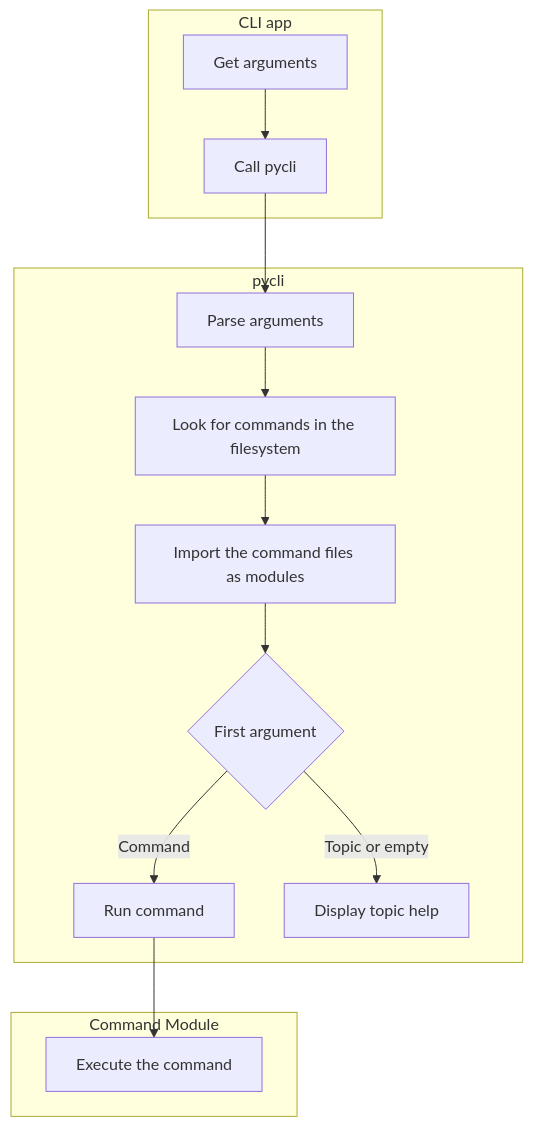
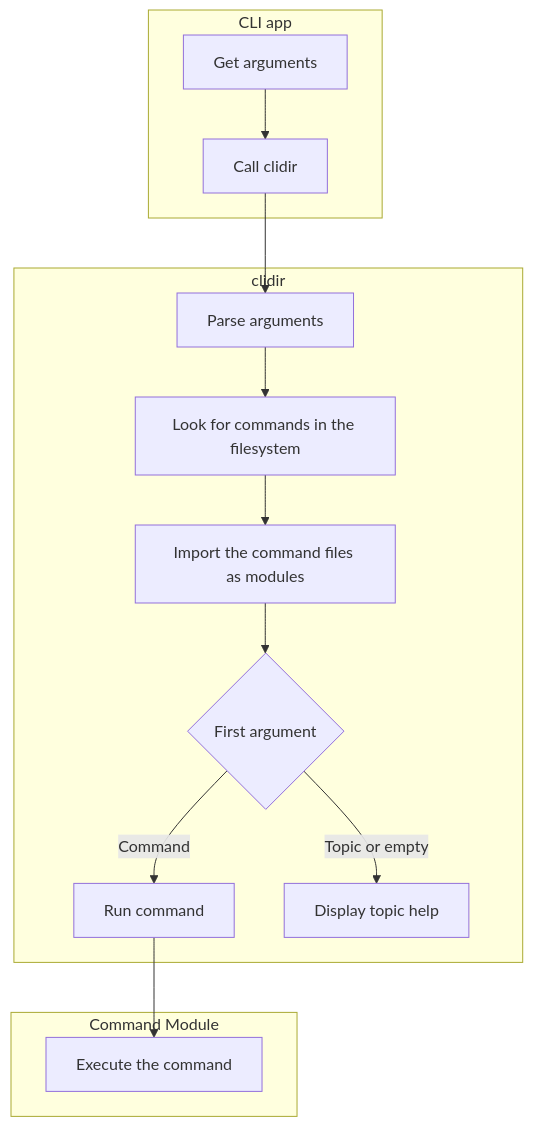
One commit to isacben/clidir changed the diagram in README.md. Above: the diagram before and after it, drawn with Mermaid. The commit also changed other lines of this file and 2 other files, not shown here.

Commit message:
rename tool from pycli to clidir

````diff
--- a/README.md
+++ b/README.md
@@ -90,22 +90,22 @@
 ```mermaid
 flowchart TD
     subgraph "CLI app"
-        a1[Get arguments]-->a2[Call pycli]
+        a1[Get arguments]-->a2[Call clidir]
     end
 
     a2-->A
 
-    subgraph "pycli"
+    subgraph "clidir"
         A[Parse arguments]-->B[Look for commands in the filesystem]
         B-->C[Import the command files as modules]
         C-->D{First argument}
         D-->|Command| H[Run command]
         D-->|Topic or empty| I[Display topic help]
     end
     
     H-->J
 
     subgraph Command Module
         J["Execute the command"]
     end
 ```
````
